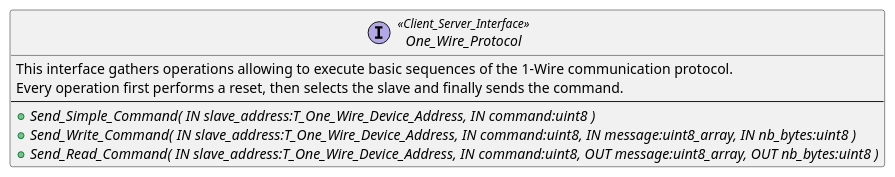
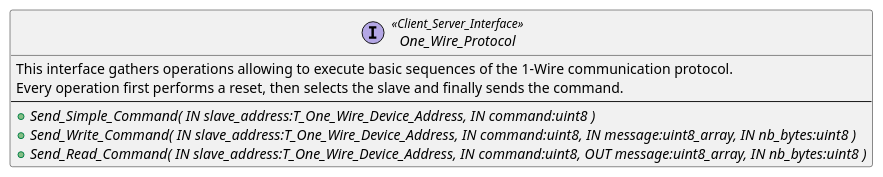
One commit to HomeMadeBots/One_Wire_Interfaces changed the diagram in doc/One_Wire_Protocol.puml. Above: the diagram before and after it, drawn with PlantUML.

Commit message:
Fix "nb_bytes" stream for Send_Read_Command.

```diff
--- a/doc/One_Wire_Protocol.puml
+++ b/doc/One_Wire_Protocol.puml
@@ -1,13 +1,13 @@
 @startuml
 
 interface One_Wire_Protocol <<Client_Server_Interface>>
 {
   This interface gathers operations allowing to execute basic sequences of the 1-Wire communication protocol.
   Every operation first performs a reset, then selects the slave and finally sends the command.
   --
   {abstract} +Send_Simple_Command( IN slave_address:T_One_Wire_Device_Address, IN command:uint8 )
   {abstract} +Send_Write_Command( IN slave_address:T_One_Wire_Device_Address, IN command:uint8, IN message:uint8_array, IN nb_bytes:uint8 )
-  {abstract} +Send_Read_Command( IN slave_address:T_One_Wire_Device_Address, IN command:uint8, OUT message:uint8_array, OUT nb_bytes:uint8 )
+  {abstract} +Send_Read_Command( IN slave_address:T_One_Wire_Device_Address, IN command:uint8, OUT message:uint8_array, IN nb_bytes:uint8 )
 }
 
 @enduml
```
